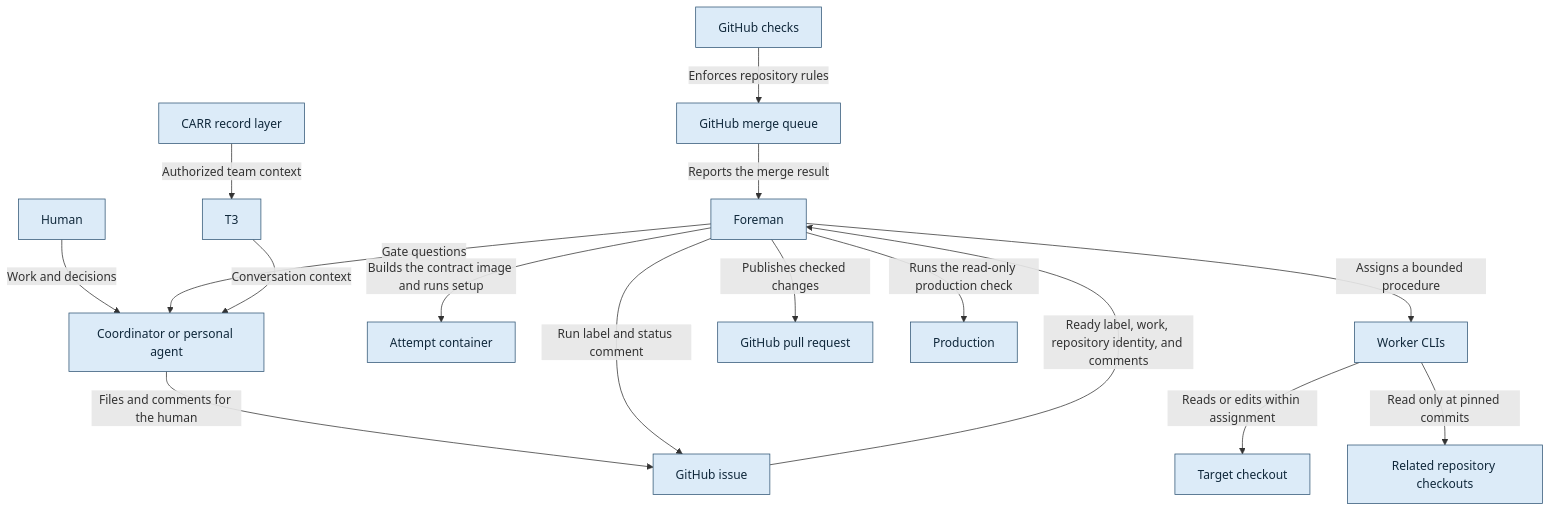
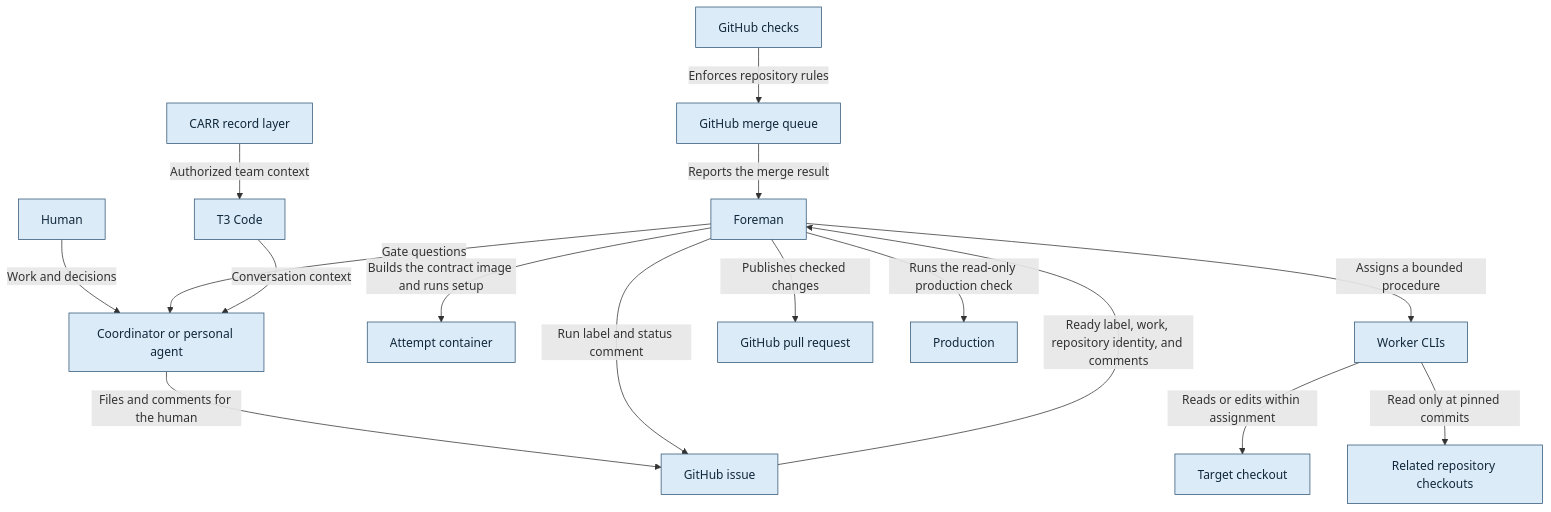
Before and after one commit to bookout-labs/tools: the diagram in docs/graph/blueprint/views/context.mmd, drawn with Mermaid. The commit also changed 34 other files, not shown here.

```diff
--- a/docs/graph/blueprint/views/context.mmd
+++ b/docs/graph/blueprint/views/context.mmd
@@ -1,35 +1,35 @@
 flowchart TD
     n0["GitHub checks"]:::stage
     n1["GitHub merge queue"]:::stage
     n2["Foreman"]:::stage
     n3["Human"]:::stage
     n4["Coordinator or personal agent"]:::stage
     n5["GitHub issue"]:::stage
     n6["CARR record layer"]:::stage
-    n7["T3"]:::stage
+    n7["T3 Code"]:::stage
     n8["Attempt container"]:::stage
     n9["Worker CLIs"]:::stage
     n10["Target checkout"]:::stage
     n11["Related repository checkouts"]:::stage
     n12["GitHub pull request"]:::stage
     n13["Production"]:::stage
     n0 -->|"Enforces repository rules"| n1
     n1 -->|"Reports the merge result"| n2
     n3 -->|"Work and decisions"| n4
     n4 -->|"Files and comments for the human"| n5
     n2 -->|"Gate questions"| n4
     n5 -->|"Ready label, work, repository identity, and comments"| n2
     n2 -->|"Run label and status comment"| n5
     n6 -->|"Authorized team context"| n7
     n7 -->|"Conversation context"| n4
     n2 -->|"Builds the contract image and runs setup"| n8
     n2 -->|"Assigns a bounded procedure"| n9
     n9 -->|"Reads or edits within assignment"| n10
     n9 -->|"Read only at pinned commits"| n11
     n2 -->|"Publishes checked changes"| n12
     n2 -->|"Runs the read-only production check"| n13
     classDef stage fill:#dcebf8,stroke:#315675,color:#10283b
     classDef step fill:#edf3f8,stroke:#597187,color:#132638
     classDef worker fill:#d7f0e8,stroke:#357369,color:#133c36
     classDef gate fill:#fff0c9,stroke:#89641f,color:#3f2b0b
     classDef terminal fill:#f0f0f0,stroke:#666666,color:#202020
```
